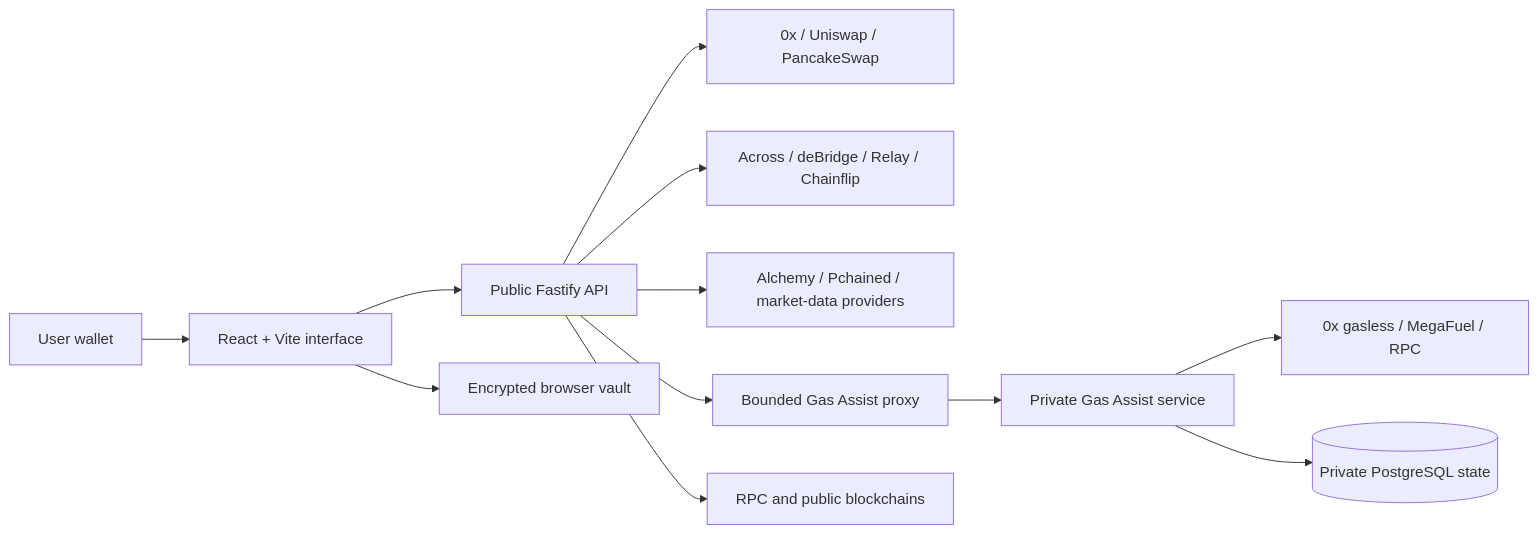
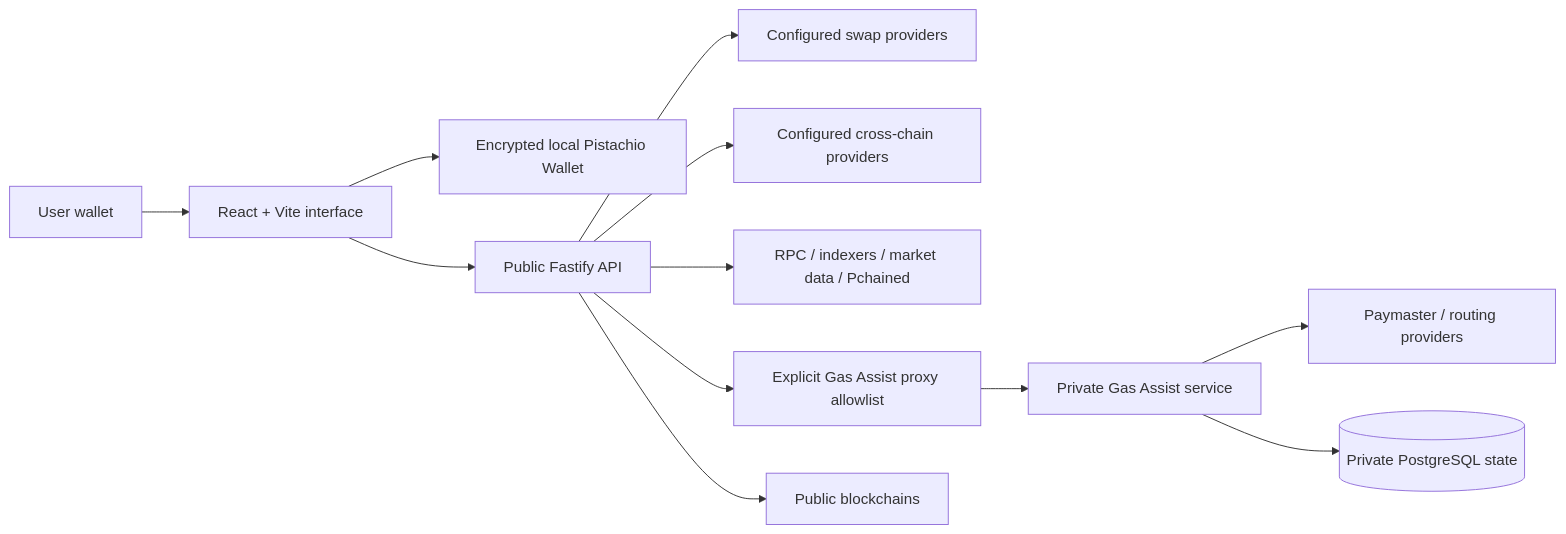
The diagram in README.md (AmIrRX0/PistachioSwap), drawn with Mermaid before and after one commit. The commit also changed other lines of this file, not shown here.

````diff
--- a/README.md
+++ b/README.md
@@ -43,14 +49,14 @@
 ```mermaid
 flowchart LR
     User[User wallet] --> UI[React + Vite interface]
+    UI --> Vault[Encrypted local Pistachio Wallet]
     UI --> API[Public Fastify API]
-    UI --> Vault[Encrypted browser vault]
-    API --> Quotes[0x / Uniswap / PancakeSwap]
-    API --> CrossChain[Across / deBridge / Relay / Chainflip]
-    API --> Data[Alchemy / Pchained / market-data providers]
-    API --> GasProxy[Bounded Gas Assist proxy]
+    API --> Quotes[Configured swap providers]
+    API --> CrossChain[Configured cross-chain providers]
+    API --> Data[RPC / indexers / market data / Pchained]
+    API --> GasProxy[Explicit Gas Assist proxy allowlist]
     GasProxy --> PrivateGas[Private Gas Assist service]
-    PrivateGas --> GasProviders[0x gasless / MegaFuel / RPC]
+    PrivateGas --> Sponsor[Paymaster / routing providers]
     PrivateGas --> DB[(Private PostgreSQL state)]
-    API --> Chain[RPC and public blockchains]
+    API --> Chain[Public blockchains]
 ```
````
